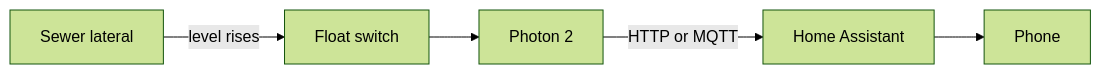
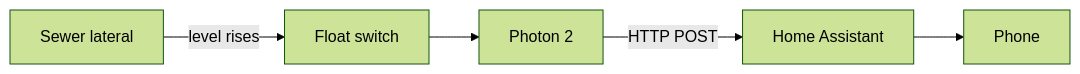
The diagram in README.md (esper256/smart-sewer-backup-detector), drawn with Mermaid (forest theme) before and after one commit. The commit also changed other lines of this file and 7 other files, not shown here.

````diff
--- a/README.md
+++ b/README.md
@@ -27,7 +25,7 @@
 ```mermaid
 flowchart LR
   lateral[Sewer lateral] -->|level rises| float[Float switch]
   float --> photon[Photon 2]
-  photon -->|HTTP or MQTT| ha[Home Assistant]
+  photon -->|HTTP POST| ha[Home Assistant]
   ha --> phone[Phone]
 ```
````
